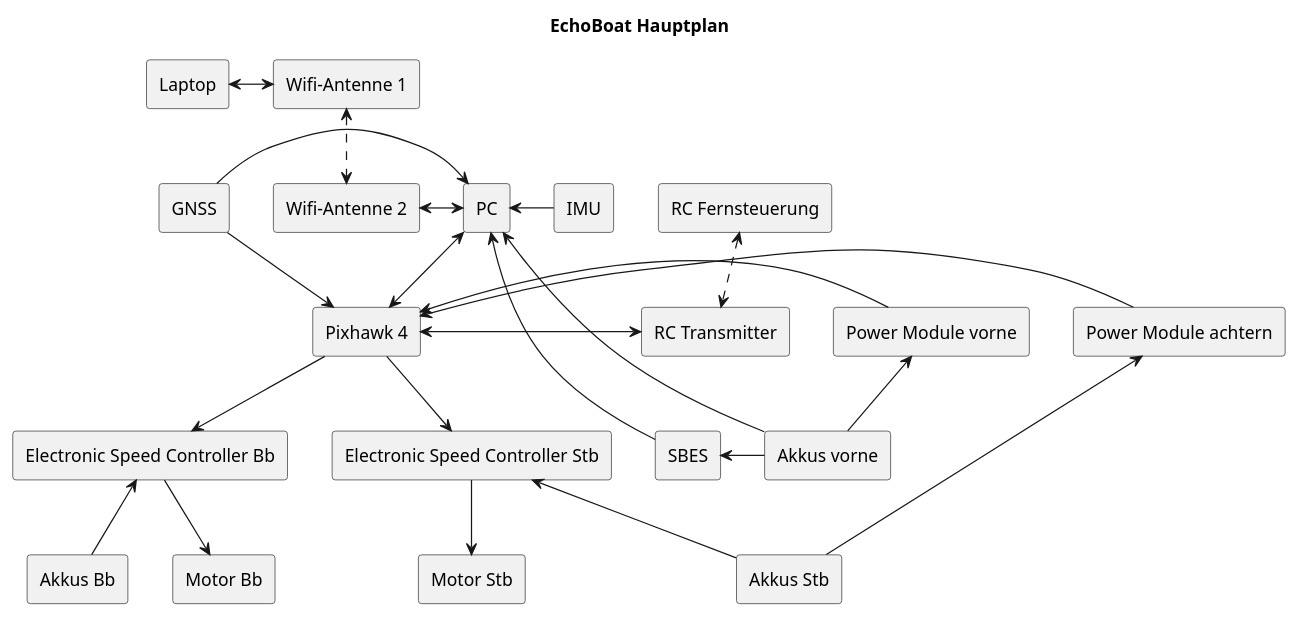
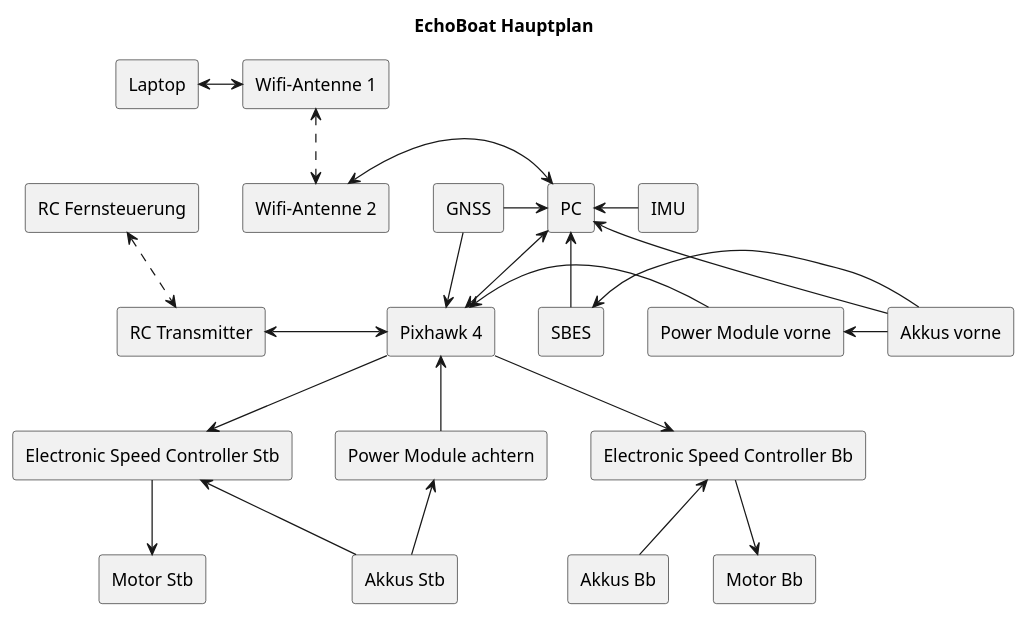
Before and after one commit to MalteBiermann/EchoBoat: the diagram in overview/overview.plantuml, drawn with PlantUML.

Commit message:
minor fix

```diff
--- a/overview/overview.plantuml
+++ b/overview/overview.plantuml
@@ -1,59 +1,59 @@
 @startuml
 title "EchoBoat Hauptplan"
 skinparam componentStyle rectangle
 
 component "Pixhawk 4" as PH
 component "PC"
 component "SBES"
 component "GNSS"
 component "IMU"
 component "Power Module achtern" as PMaft
 component "Power Module vorne" as PMbow
 component "Akkus Bb"
 component "Akkus Stb"
 component "Akkus vorne"
 component "Electronic Speed Controller Bb" as ESCBb
 component "Electronic Speed Controller Stb" as ESCStb
 component "Motor Bb"
 component "Motor Stb"
 component "RC Transmitter" as RCtrans
 
 component "RC Fernsteuerung" as RC
 component "Laptop"
 component "Wifi-Antenne 1" as Wifi1
 component "Wifi-Antenne 2" as Wifi2
 
 RCtrans <-right-> PH
 RC <..> RCtrans
 
 [Laptop] <-> Wifi1
 Wifi1 <..> Wifi2
 Wifi2 <-> PC
 
 PH <-right- PMbow
-PH <- PMaft
+PH <-down- PMaft
 PMaft <- [Akkus Stb]
-PMbow <-down- [Akkus vorne]
+PMbow <- [Akkus vorne]
 
 
 PH <-up-> [PC]
 
 [SBES] -left-> [PC]
 [SBES] <- [Akkus vorne]
 [PC] <- [Akkus vorne]
 
 [PC] <- IMU
 
 PH <-up- [GNSS]
 [GNSS] -> [PC]
 
 PH -down-> ESCBb
 PH -down-> ESCStb
 
 ESCBb <-down- [Akkus Bb]
 ESCStb <-down- [Akkus Stb]
 
 [Motor Bb] <-up- ESCBb
 [Motor Stb] <-up- ESCStb
 
 @enduml
```
